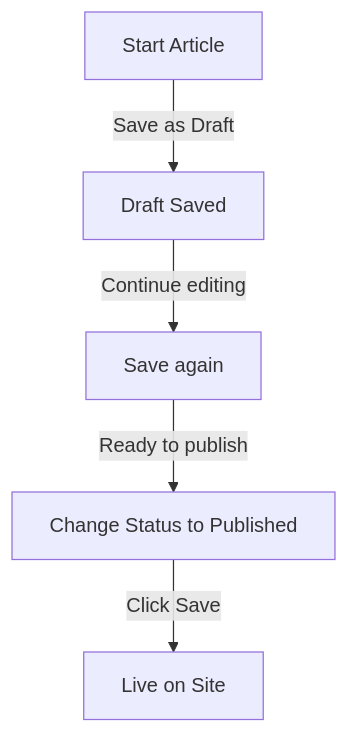
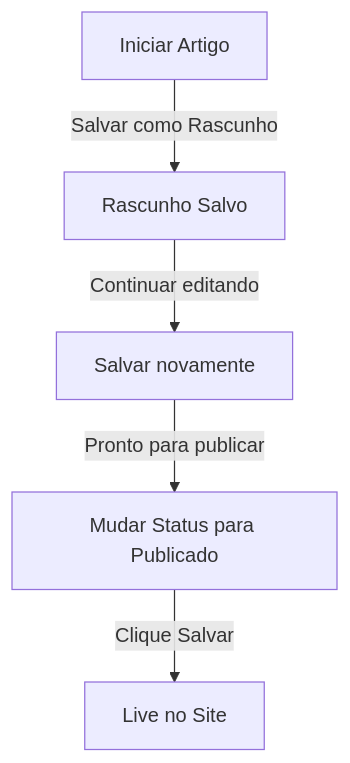
Before and after one commit to mambax7/xoops-docs: the third of 3 diagrams in apps/docs-27/src/content/docs/pt/modules/publisher/user-guide/articles.md, drawn with Mermaid. The commit also changed other lines of this file and 162 other files, not shown here.

````diff
--- a/apps/docs-27/src/content/docs/pt/modules/publisher/user-guide/articles.md
+++ b/apps/docs-27/src/content/docs/pt/modules/publisher/user-guide/articles.md
@@ -568,7 +568,7 @@
 ```mermaid
 graph TD
-    A[Start Article] -->|Save as Draft| B[Draft Saved]
-    B -->|Continue editing| C[Save again]
-    C -->|Ready to publish| D[Change Status to Published]
-    D -->|Click Save| E[Live on Site]
+    A[Iniciar Artigo] -->|Salvar como Rascunho| B[Rascunho Salvo]
+    B -->|Continuar editando| C[Salvar novamente]
+    C -->|Pronto para publicar| D[Mudar Status para Publicado]
+    D -->|Clique Salvar| E[Live no Site]
 ```
````
